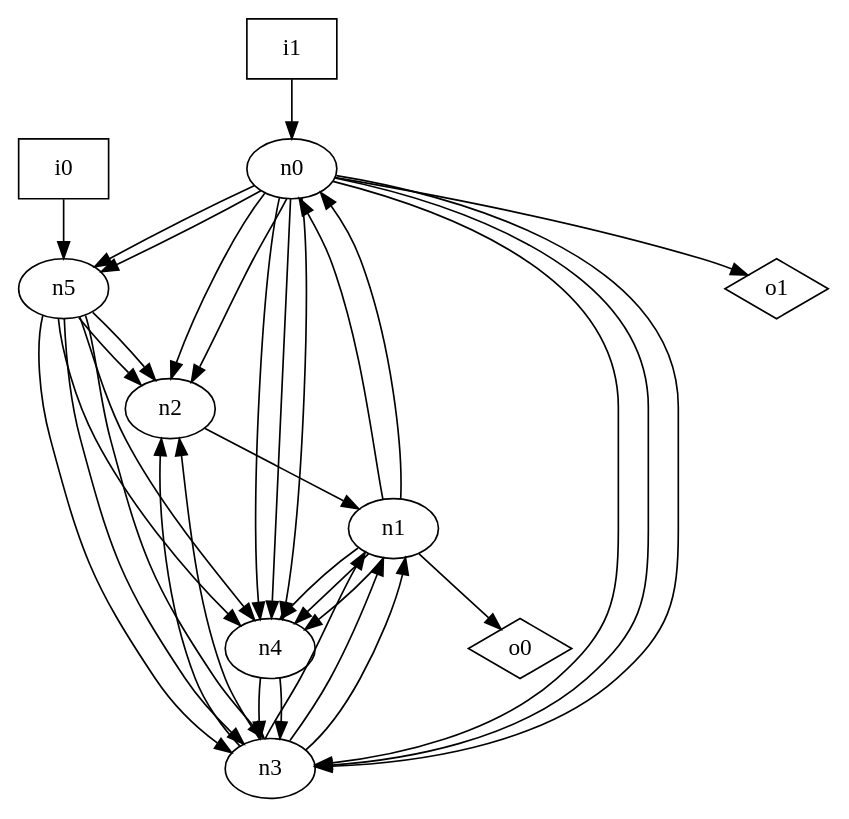
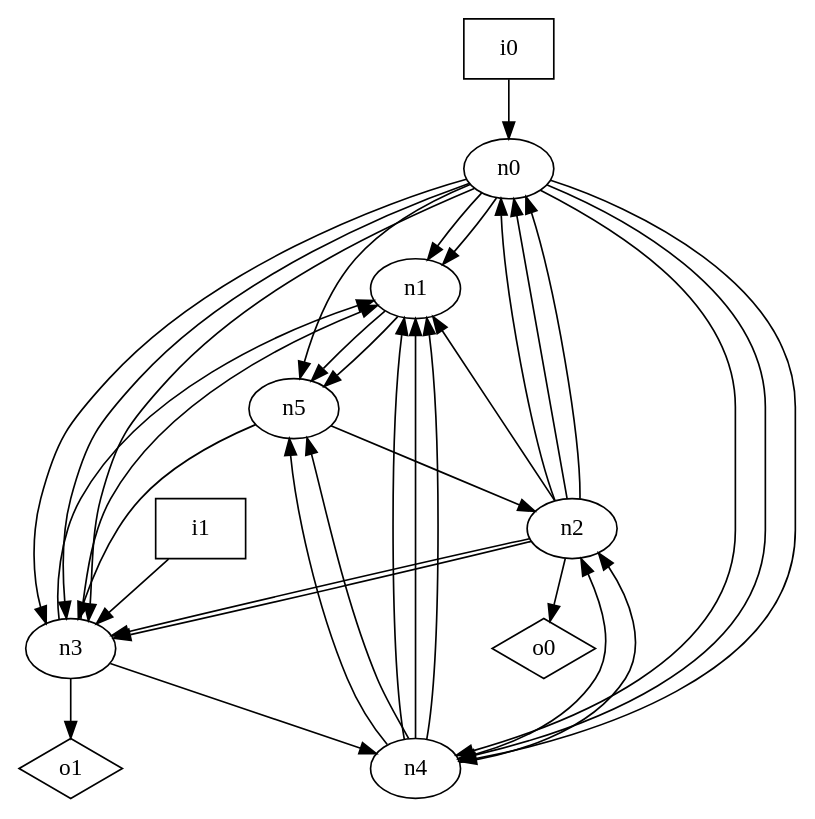
The diagram in dot_files/random/random_oriented_graph.dot (p9romain/bool-circuits), drawn with Graphviz before and after one commit. The commit also changed 28 other files, not shown here.

```diff
--- a/dot_files/random/random_oriented_graph.dot
+++ b/dot_files/random/random_oriented_graph.dot
@@ -1,46 +1,45 @@
 digraph G {
 n0 [label="n0"];
 n1 [label="n1"];
 n2 [label="n2"];
 n3 [label="n3"];
 n4 [label="n4"];
 n5 [label="n5"];
 n6 [label="i0",shape="box"];
 n7 [label="i1",shape="box"];
 n8 [label="o0",shape="diamond"];
 n9 [label="o1",shape="diamond"];
-n0 -> n2
-n0 -> n2
+n0 -> n1
+n0 -> n1
 n0 -> n3
 n0 -> n3
 n0 -> n3
 n0 -> n4
 n0 -> n4
 n0 -> n4
 n0 -> n5
-n0 -> n5
-n0 -> n9
-n1 -> n0
-n1 -> n0
-n1 -> n4
-n1 -> n4
-n1 -> n4
-n1 -> n8
+n1 -> n5
+n1 -> n5
+n2 -> n0
+n2 -> n0
+n2 -> n0
 n2 -> n1
+n2 -> n3
+n2 -> n3
+n2 -> n8
 n3 -> n1
 n3 -> n1
-n3 -> n1
-n3 -> n2
-n3 -> n2
-n4 -> n3
-n4 -> n3
-n5 -> n2
+n3 -> n4
+n3 -> n9
+n4 -> n1
+n4 -> n1
+n4 -> n1
+n4 -> n2
+n4 -> n2
+n4 -> n5
+n4 -> n5
 n5 -> n2
 n5 -> n3
-n5 -> n3
-n5 -> n3
-n5 -> n4
-n5 -> n4
-n6 -> n5
-n7 -> n0
+n6 -> n0
+n7 -> n3
 }
```
